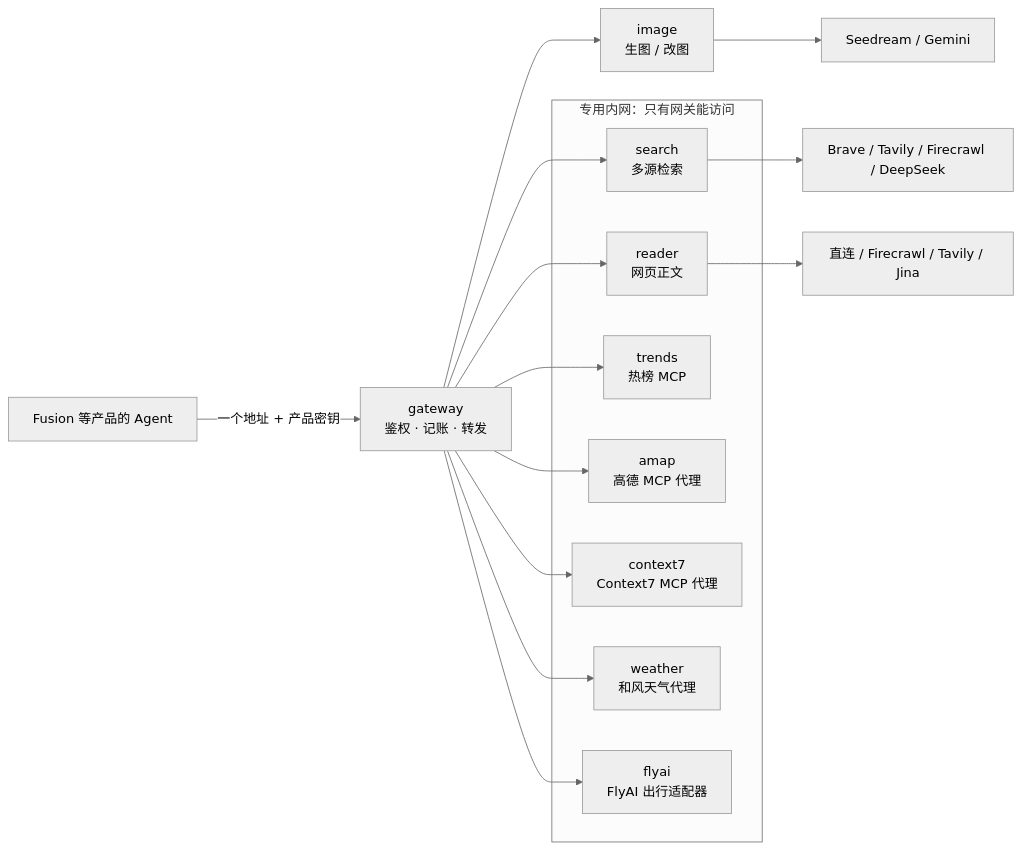
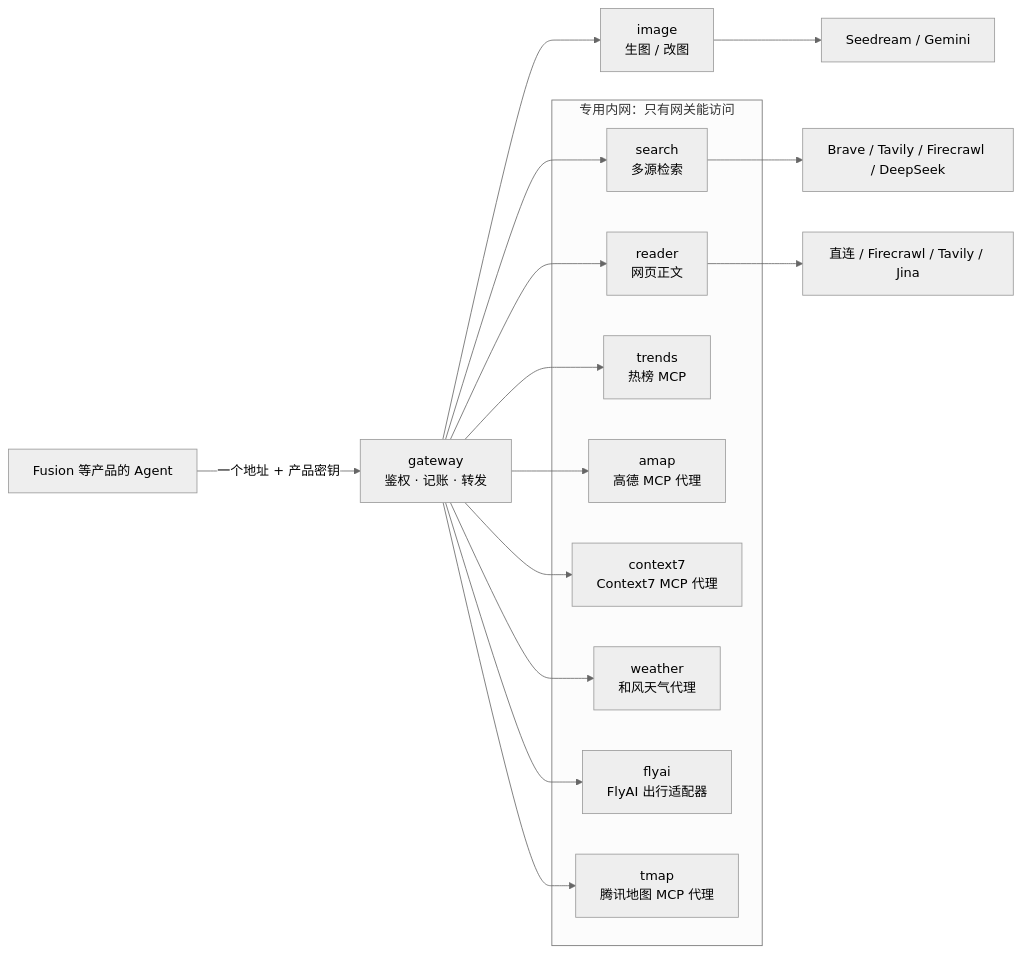
Before and after one commit to HyxiaoGe/agent-tools: the diagram in README.md, drawn with Mermaid (neutral theme). The commit also changed other lines of this file and 23 other files, not shown here.

First line of the commit message:
feat: 新增腾讯地图 MCP 代理服务，经网关 /tmap/mcp 访问

````diff
--- a/README.md
+++ b/README.md
@@ -5,24 +5,26 @@
 ```mermaid
 flowchart LR
     P["Fusion 等产品的 Agent"] -->|"一个地址 + 产品密钥"| G["gateway<br/>鉴权 · 记账 · 转发"]
     G --> I["image<br/>生图 / 改图"]
     subgraph internal["专用内网：只有网关能访问"]
         S["search<br/>多源检索"]
         R["reader<br/>网页正文"]
         T["trends<br/>热榜 MCP"]
         A["amap<br/>高德 MCP 代理"]
         C["context7<br/>Context7 MCP 代理"]
         W["weather<br/>和风天气代理"]
         F["flyai<br/>FlyAI 出行适配器"]
+        M["tmap<br/>腾讯地图 MCP 代理"]
     end
     G --> S
     G --> R
     G --> T
     G --> A
     G --> C
     G --> W
     G --> F
+    G --> M
     I --> IP["Seedream / Gemini"]
     S --> SP["Brave / Tavily / Firecrawl / DeepSeek"]
     R --> RP["直连 / Firecrawl / Tavily / Jina"]
 ```
````
